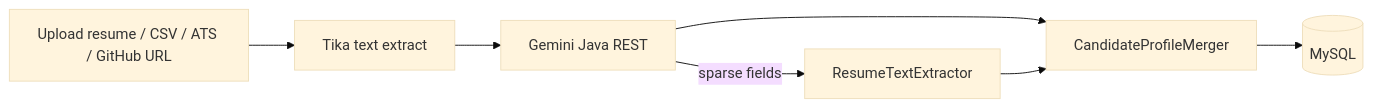
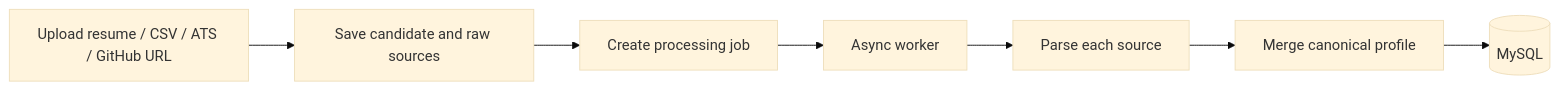
Before and after one commit to Tharunraj-U/Multi-source-candidate-data-transformer: the diagram in README.md, drawn with Mermaid (base theme). The commit also changed other lines of this file and 57 other files, not shown here.

````diff
--- a/README.md
+++ b/README.md
@@ -7,15 +7,12 @@
 ```mermaid
 flowchart LR
     upload[Upload resume / CSV / ATS / GitHub URL]
-    tika[Tika text extract]
-    gemini[Gemini Java REST]
-    fallback[ResumeTextExtractor]
-    merge[CandidateProfileMerger]
+    save[Save candidate and raw sources]
+    queue[Create processing job]
+    worker[Async worker]
+    parse[Parse each source]
+    merge[Merge canonical profile]
     db[(MySQL)]
 
-    upload --> tika --> gemini
-    gemini -->|sparse fields| fallback
-    gemini --> merge
-    fallback --> merge
-    merge --> db
+    upload --> save --> queue --> worker --> parse --> merge --> db
 ```
````
